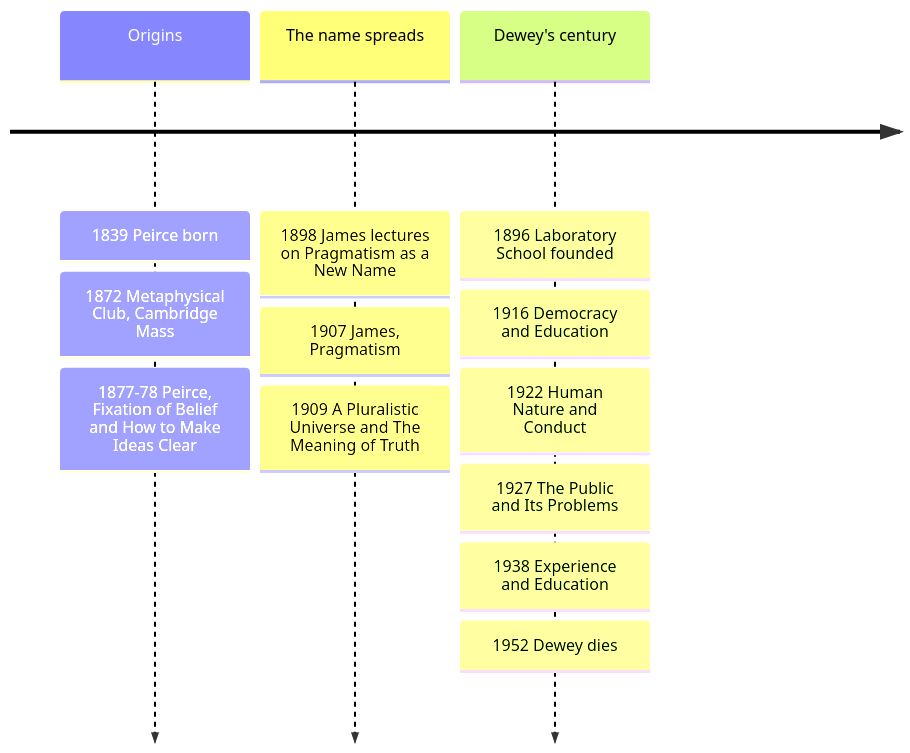
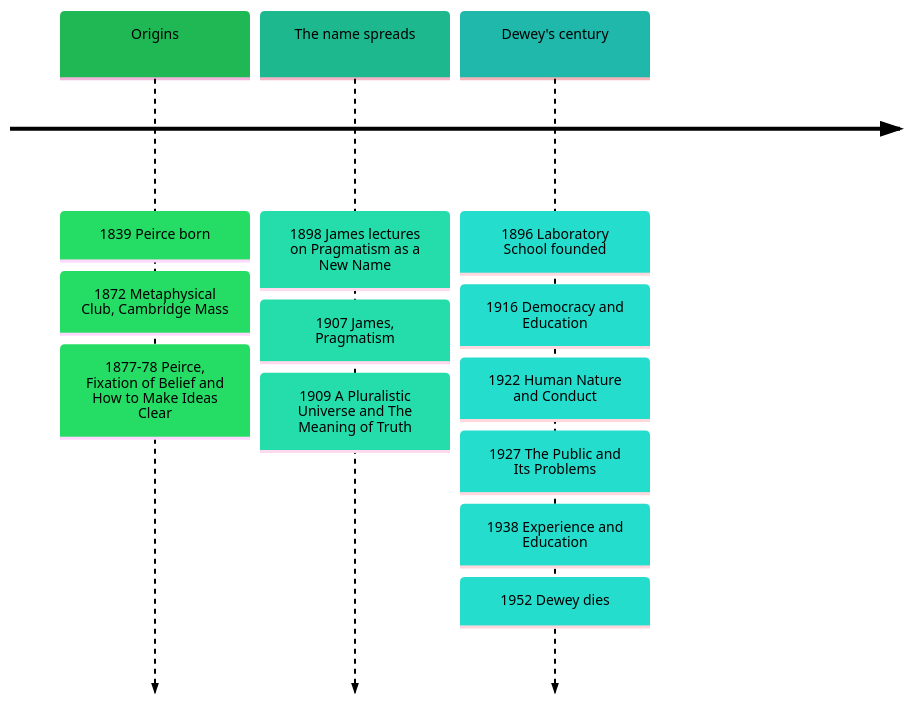
Before and after one commit to oat431/general-knowledge: the diagram in Philosophy/16_Pragmatism.md, drawn with Mermaid. The commit also changed other lines of this file and 22 other files, not shown here.

````diff
--- a/Philosophy/16_Pragmatism.md
+++ b/Philosophy/16_Pragmatism.md
@@ -47,6 +47,7 @@
 ```mermaid
+%%{init: {'theme':'base','themeVariables':{'primaryColor':'#19362D','primaryTextColor':'#000000','primaryBorderColor':'#000000','lineColor':'#1FB854','background':'#1B1717','mainBkg':'#19362D','titleColor':'#1FB854','fontSize':'14px','cScale0':'#1FB854','cScale1':'#1EB88E','cScale2':'#1FB8AB','cScale3':'#00B5FF','cScale4':'#00A96E','timelineEventColor':'#1FB854','timelineEventTextColor':'#000000','timelineLabelColor':'#000000','timelineLineColor':'#1FB854'}}}%%
 timeline
     Origins : 1839 Peirce born : 1872 Metaphysical Club, Cambridge Mass : 1877-78 Peirce, Fixation of Belief and How to Make Ideas Clear
     The name spreads : 1898 James lectures on Pragmatism as a New Name : 1907 James, Pragmatism : 1909 A Pluralistic Universe and The Meaning of Truth
     Dewey's century : 1896 Laboratory School founded : 1916 Democracy and Education : 1922 Human Nature and Conduct : 1927 The Public and Its Problems : 1938 Experience and Education : 1952 Dewey dies
 ```
````
